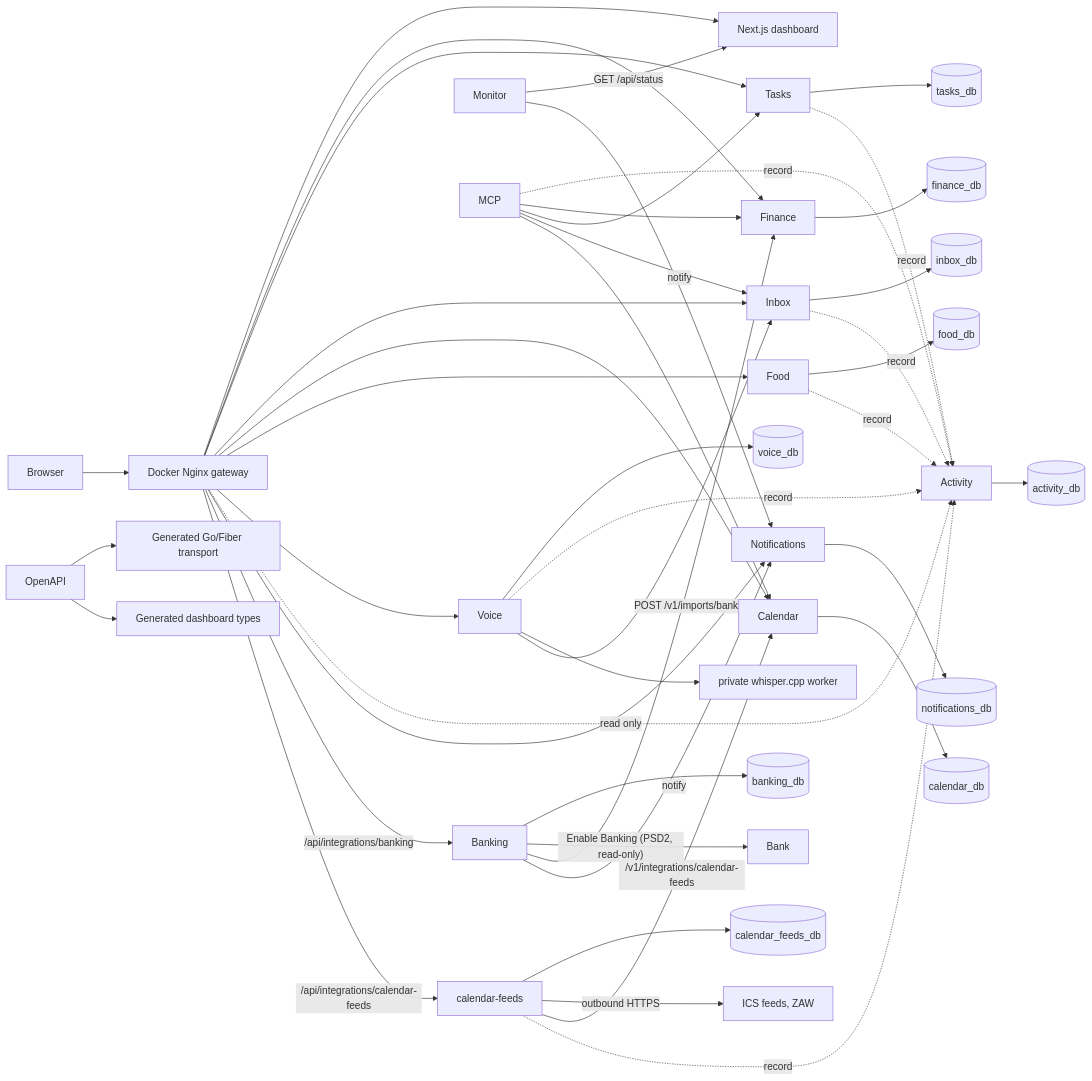
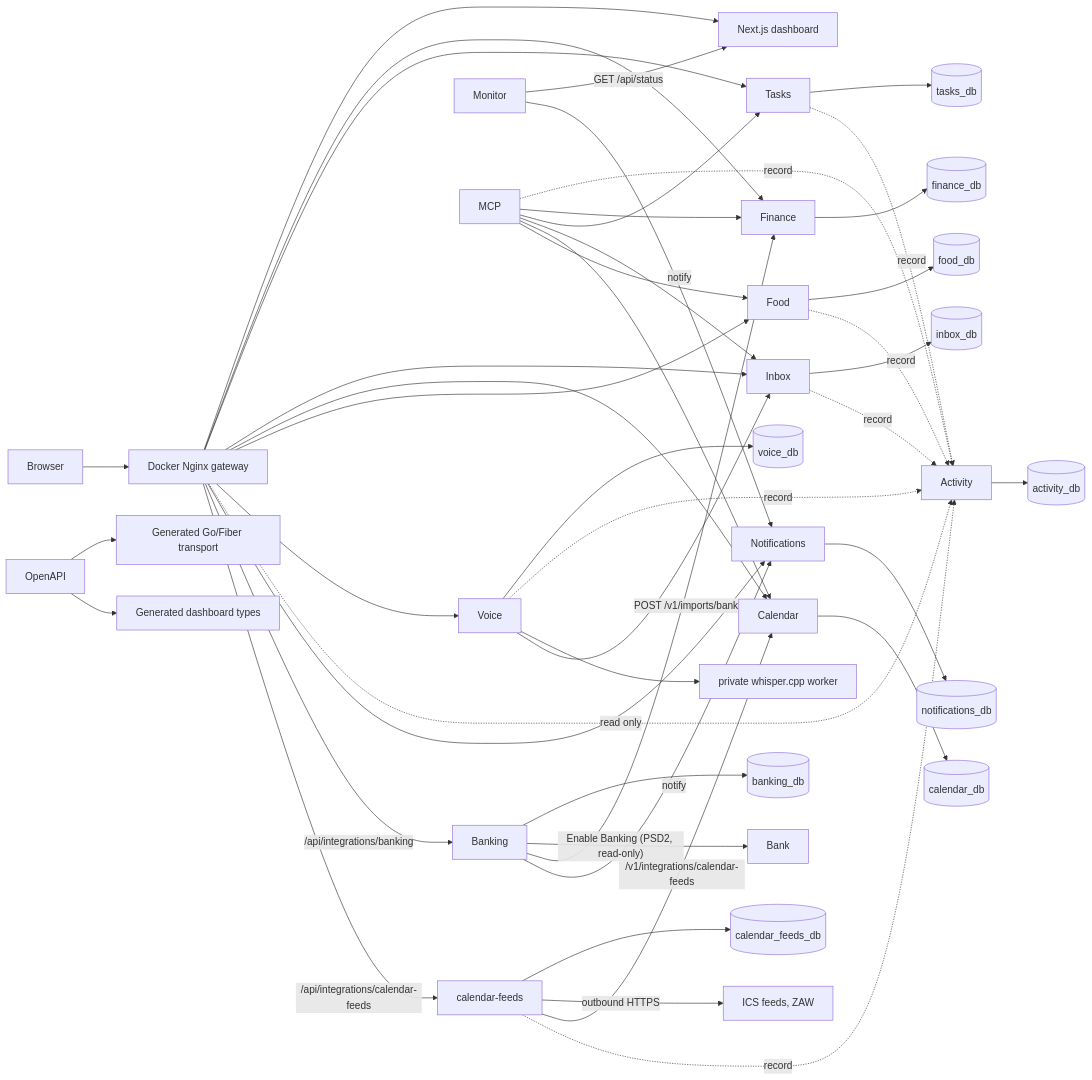
The diagram in docs/architecture/overview.md (GAMch1k/life-os), drawn with Mermaid before and after one commit. The commit also changed 5 other files, not shown here.

````diff
--- a/docs/architecture/overview.md
+++ b/docs/architecture/overview.md
@@ -5,36 +5,37 @@
 ```mermaid
 flowchart LR
   Browser --> Gateway[Docker Nginx gateway]
   Gateway --> Dashboard[Next.js dashboard]
   Gateway --> Finance --> FDB[(finance_db)]
   Gateway --> Tasks --> TDB[(tasks_db)]
   Gateway --> Inbox --> IDB[(inbox_db)]
   Gateway --> Calendar --> CDB[(calendar_db)]
   Gateway --> Food --> FoDB[(food_db)]
   Gateway --> Voice --> VDB[(voice_db)]
   Gateway -. read only .-> Activity --> ADB[(activity_db)]
   Gateway --> Notifications --> NDB[(notifications_db)]
   Gateway -- "/api/integrations/banking" --> Banking --> BDB[(banking_db)]
   Banking -- "Enable Banking (PSD2, read-only)" --> Bank[Bank]
   Banking -- "POST /v1/imports/bank" --> Finance
   Banking -- notify --> Notifications
   Gateway -- "/api/integrations/calendar-feeds" --> Feeds[calendar-feeds] --> FFDB[(calendar_feeds_db)]
   Feeds -- "outbound HTTPS" --> ICS[ICS feeds, ZAW]
   Feeds -- "/v1/integrations/calendar-feeds" --> Calendar
   Feeds -. record .-> Activity
   Monitor -- "GET /api/status" --> Dashboard
   Monitor -- notify --> Notifications
   Voice -. record .-> Activity
   Inbox -. record .-> Activity
   Tasks -. record .-> Activity
   Food -. record .-> Activity
   MCP -. record .-> Activity
   Voice --> Whisper[private whisper.cpp worker]
   Voice --> Inbox
   MCP --> Finance
   MCP --> Tasks
   MCP --> Inbox
   MCP --> Calendar
+  MCP --> Food
   OpenAPI --> Go[Generated Go/Fiber transport]
   OpenAPI --> TS[Generated dashboard types]
 ```
````
